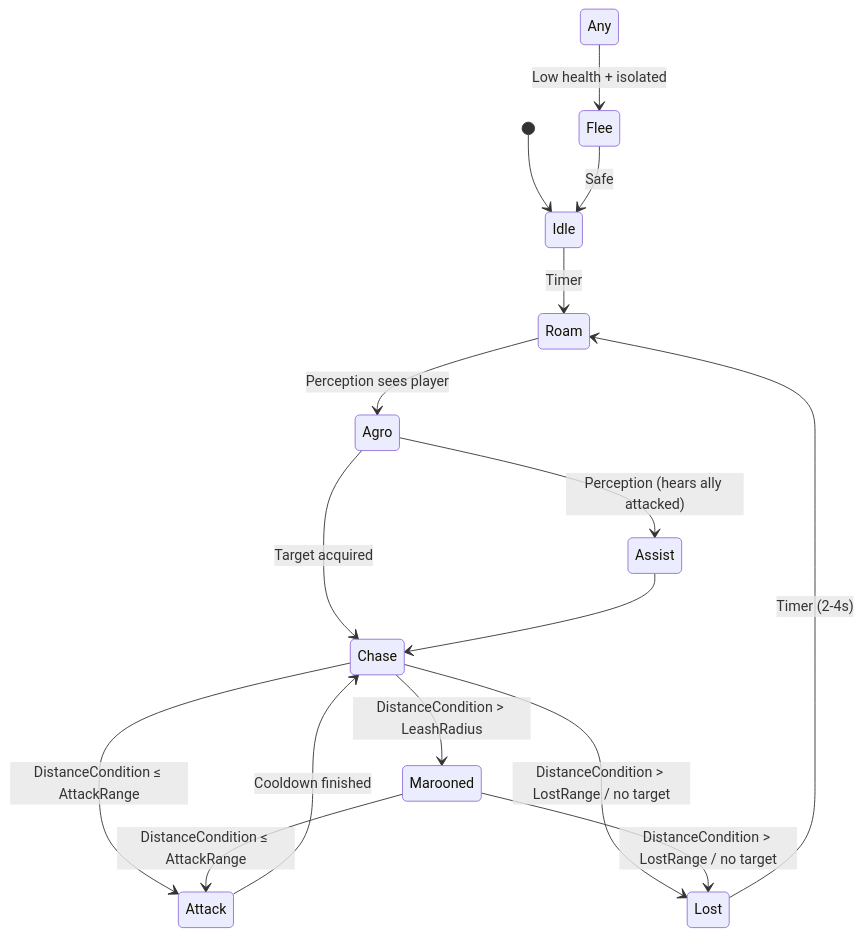
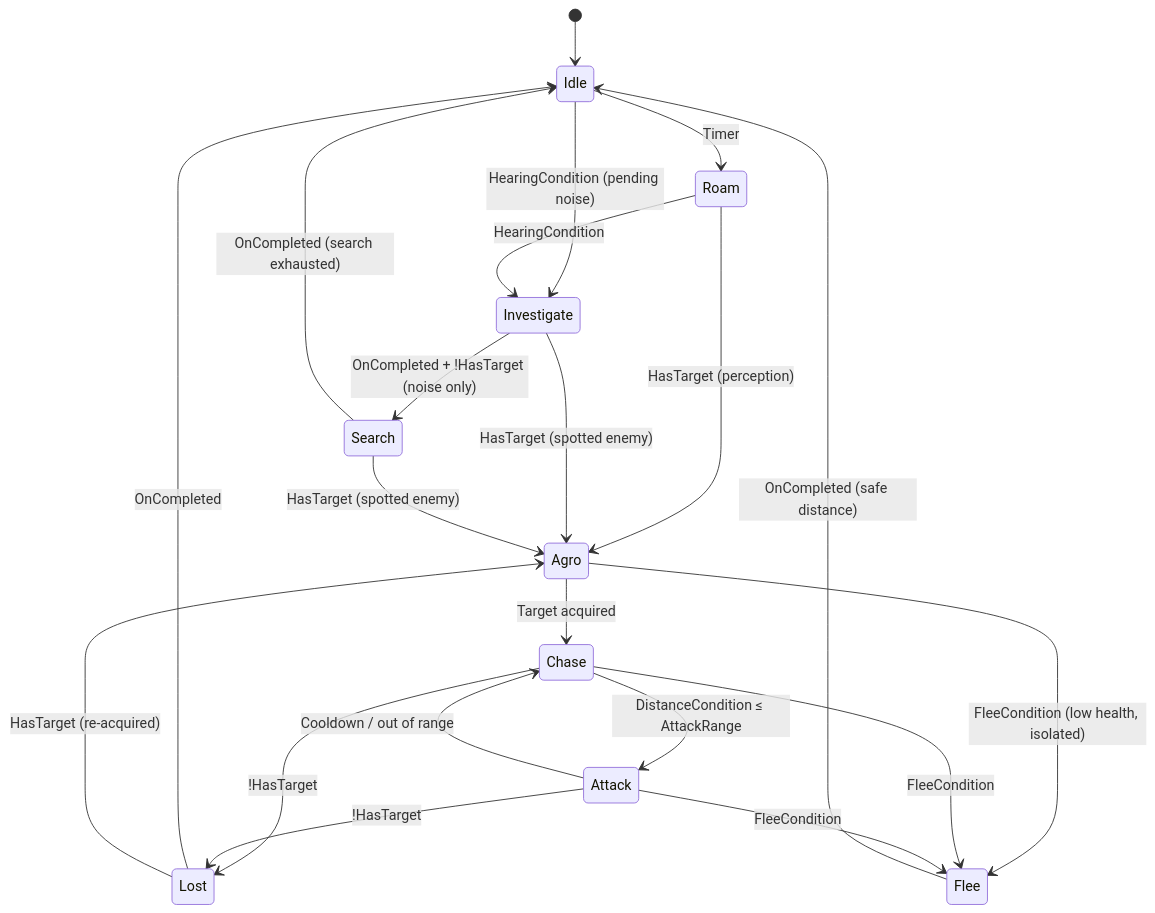
Before and after one commit to maximoh-mmo/PortfolioTutorial: the first of 2 diagrams in Docs/AI/NPC_AI_System.md, drawn with Mermaid. The commit also changed other lines of this file and 7 other files, not shown here.

````diff
--- a/Docs/AI/NPC_AI_System.md
+++ b/Docs/AI/NPC_AI_System.md
@@ -124,22 +147,32 @@
 ```mermaid
 stateDiagram-v2
     [*] --> Idle
 
     Idle --> Roam: Timer
-    Roam --> Agro: Perception sees player
+    Idle --> Investigate: HearingCondition (pending noise)
+
+    Roam --> Agro: HasTarget (perception)
+    Roam --> Investigate: HearingCondition
+
     Agro --> Chase: Target acquired
+    Agro --> Flee: FleeCondition (low health, isolated)
+
     Chase --> Attack: DistanceCondition ≤ AttackRange
-    Attack --> Chase: Cooldown finished
-    Chase --> Lost: DistanceCondition > LostRange / no target
-    Lost --> Roam: Timer (2-4s)
+    Chase --> Lost: !HasTarget
+    Chase --> Flee: FleeCondition
 
-    Chase --> Marooned: DistanceCondition > LeashRadius
-    Marooned --> Attack: DistanceCondition ≤ AttackRange
-    Marooned --> Lost: DistanceCondition > LostRange / no target
+    Attack --> Chase: Cooldown / out of range
+    Attack --> Lost: !HasTarget
+    Attack --> Flee: FleeCondition
 
-    Agro --> Assist: Perception (hears ally attacked)  
-    Assist --> Chase
+    Lost --> Idle: OnCompleted
+    Lost --> Agro: HasTarget (re-acquired)
 
-    Any --> Flee: Low health + isolated
-    Flee --> Idle: Safe
+    Flee --> Idle: OnCompleted (safe distance)
+
+    Investigate --> Agro: HasTarget (spotted enemy)
+    Investigate --> Search: OnCompleted + !HasTarget (noise only)
+
+    Search --> Agro: HasTarget (spotted enemy)
+    Search --> Idle: OnCompleted (search exhausted)
 ```
````
